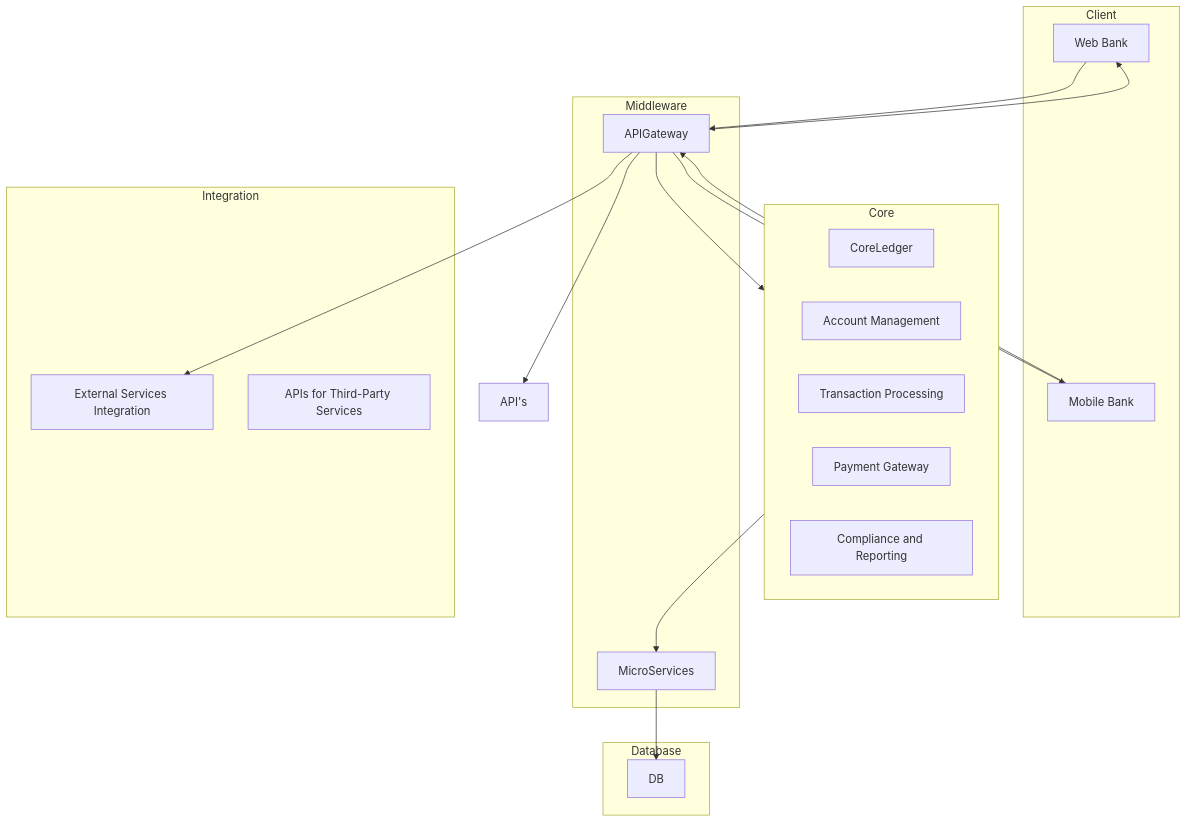
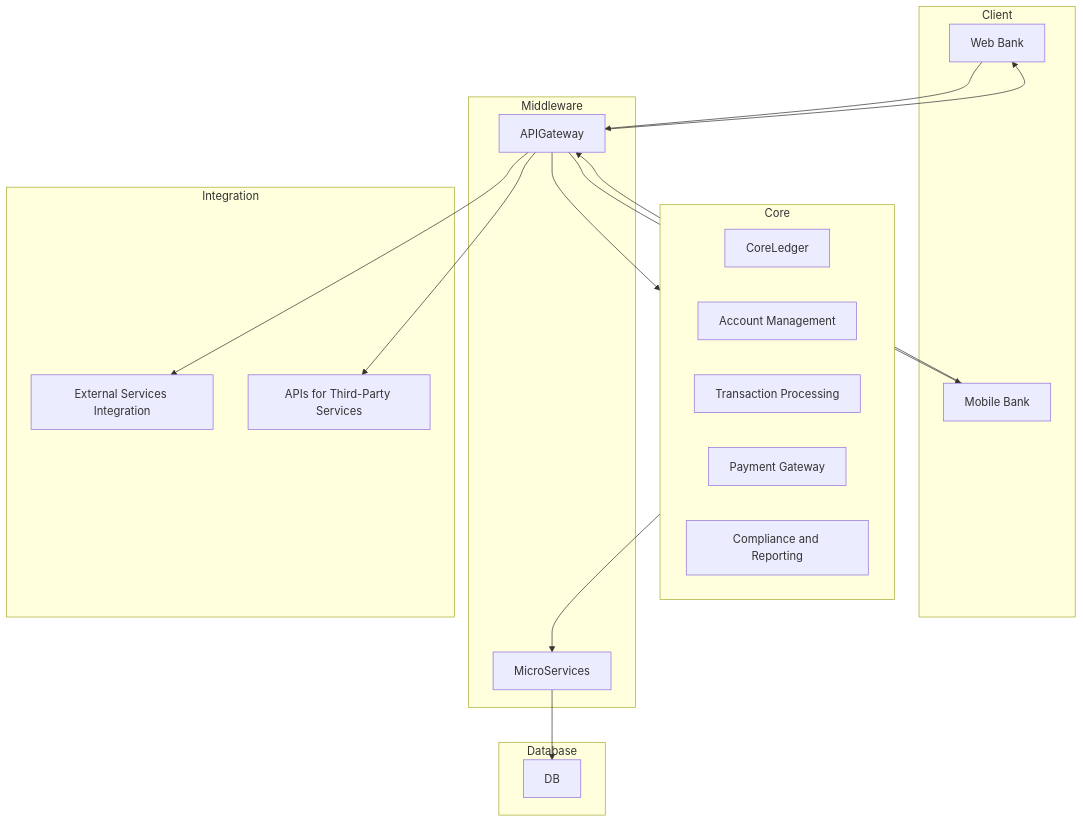
One commit to LucasAssisPereira/Banco changed the diagram in docs/components.md. Above: the diagram before and after it, drawn with Mermaid.

Commit message:
[docs] fix api arrow

````diff
--- a/docs/components.md
+++ b/docs/components.md
@@ -12,44 +12,44 @@
 ```mermaid
 graph TD
   subgraph Client
       WebApp[Web Bank]
       MobileApp[Mobile Bank]
   end
 
   subgraph Core
       Ledger[CoreLedger]
       AccountManagement[Account Management]
       TransactionProcessing[Transaction Processing]
       PaymentGateway[Payment Gateway]
       ComplianceReporting[Compliance and Reporting]
   end
 
   subgraph Middleware
       APIGateway[APIGateway]
       Microservices[MicroServices]
   end
 
   subgraph Database
       Postgres[DB]
   end
 
   subgraph Integration
       ExternalServices[External Services Integration]
       APIs[APIs for Third-Party Services]
   end
 
   WebApp --> APIGateway
   MobileApp --> APIGateway
 
   APIGateway --> WebApp
   APIGateway --> MobileApp
 
   APIGateway --> Core
 
   Core --> Microservices  
 
   Microservices --> Postgres
 
   APIGateway --> ExternalServices
-  APIGateway --> API's
+  APIGateway --> APIs
 ```
````
